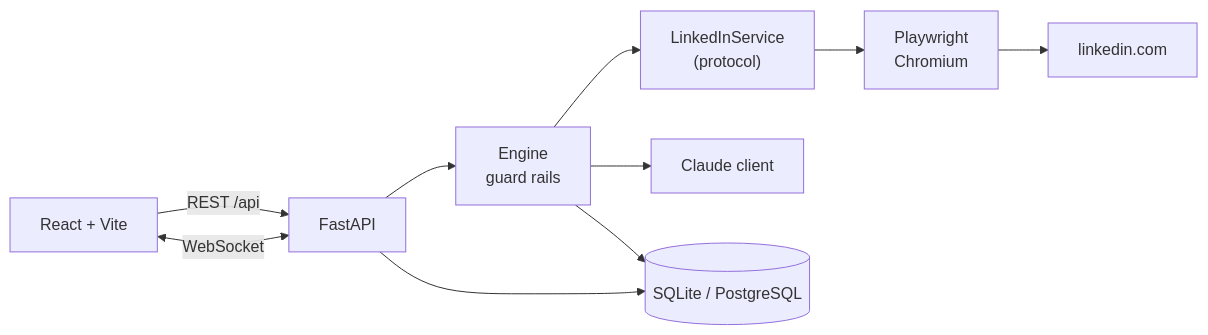
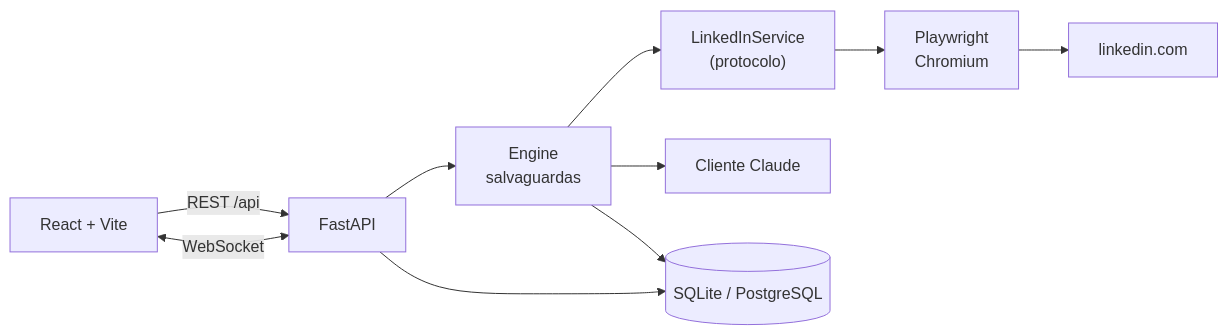
One commit to joaovictorgcu/smart-job-apply changed the diagram in README.md. Above: the diagram before and after it, drawn with Mermaid. The commit also changed other lines of this file and 6 other files, not shown here.

````diff
--- a/README.md
+++ b/README.md
@@ -415,12 +414,12 @@
 ```mermaid
 flowchart LR
     UI["React + Vite"] -->|"REST /api"| API["FastAPI"]
     UI <-->|"WebSocket"| API
-    API --> ENG["Engine<br/>guard rails"]
-    ENG --> SVC["LinkedInService<br/>(protocol)"]
-    ENG --> AI["Claude client"]
+    API --> ENG["Engine<br/>salvaguardas"]
+    ENG --> SVC["LinkedInService<br/>(protocolo)"]
+    ENG --> AI["Cliente Claude"]
     SVC --> PW["Playwright<br/>Chromium"]
     PW --> LI["linkedin.com"]
     API --> DB[("SQLite / PostgreSQL")]
     ENG --> DB
 ```
````
